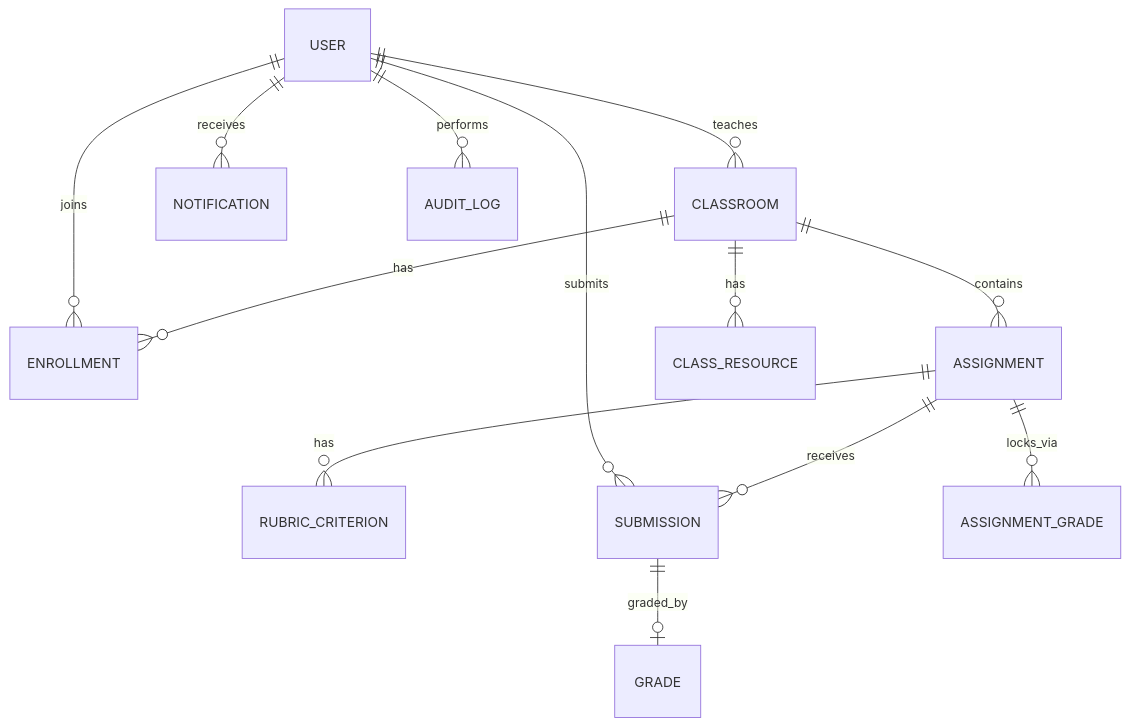
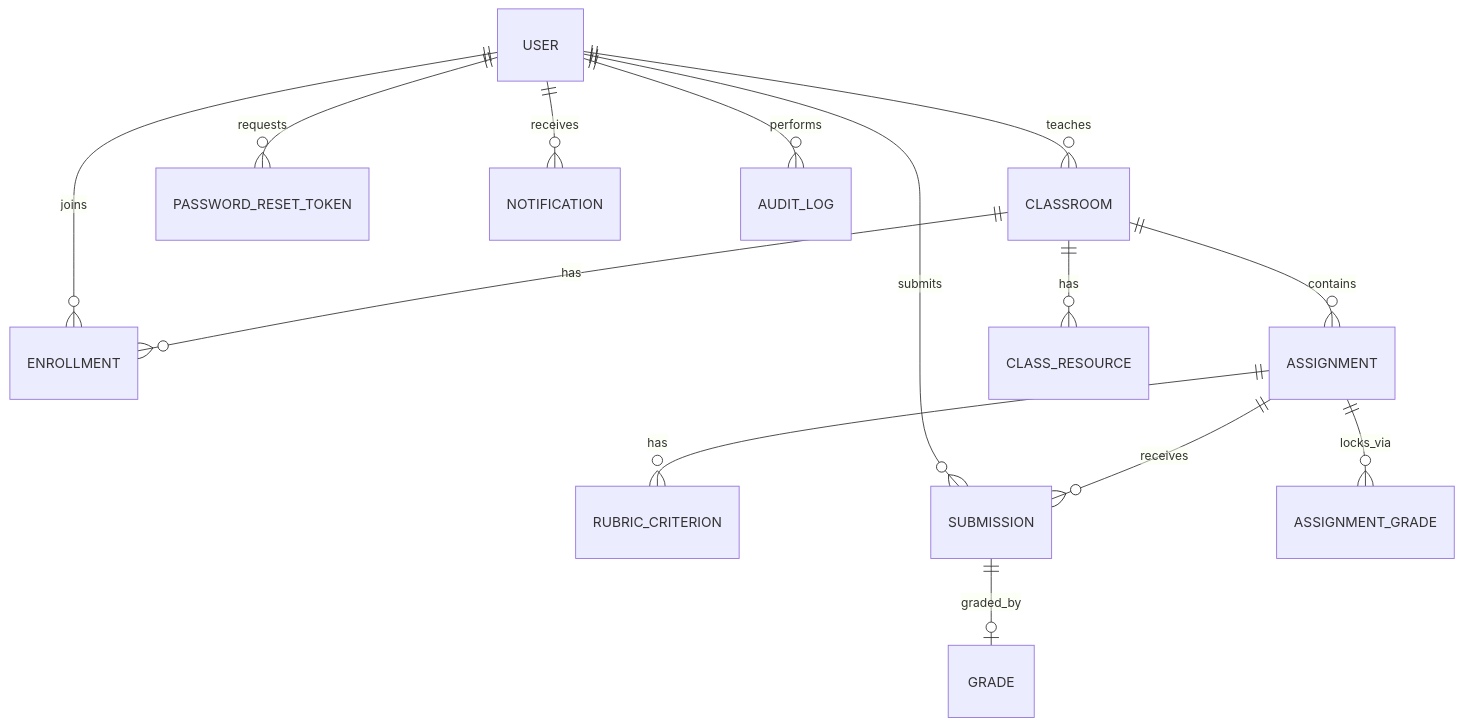
Before and after one commit to phonghmhrunsystem/cohort: the first of 2 diagrams in docs/overview/00-system-overview.md, drawn with Mermaid. The commit also changed other lines of this file and 8 other files, not shown here.

First line of the commit message:
docs: reconcile overview docs after auth flow rework

````diff
--- a/docs/overview/00-system-overview.md
+++ b/docs/overview/00-system-overview.md
@@ -23,15 +27,16 @@
 ```mermaid
 erDiagram
   USER ||--o{ CLASSROOM : teaches
   USER ||--o{ ENROLLMENT : joins
+  USER ||--o{ PASSWORD_RESET_TOKEN : requests
   CLASSROOM ||--o{ ENROLLMENT : has
   CLASSROOM ||--o{ ASSIGNMENT : contains
   CLASSROOM ||--o{ CLASS_RESOURCE : has
   ASSIGNMENT ||--o{ RUBRIC_CRITERION : has
   USER ||--o{ SUBMISSION : submits
   ASSIGNMENT ||--o{ SUBMISSION : receives
   SUBMISSION ||--o| GRADE : graded_by
   ASSIGNMENT ||--o{ ASSIGNMENT_GRADE : locks_via
   USER ||--o{ NOTIFICATION : receives
   USER ||--o{ AUDIT_LOG : performs
 ```
````
